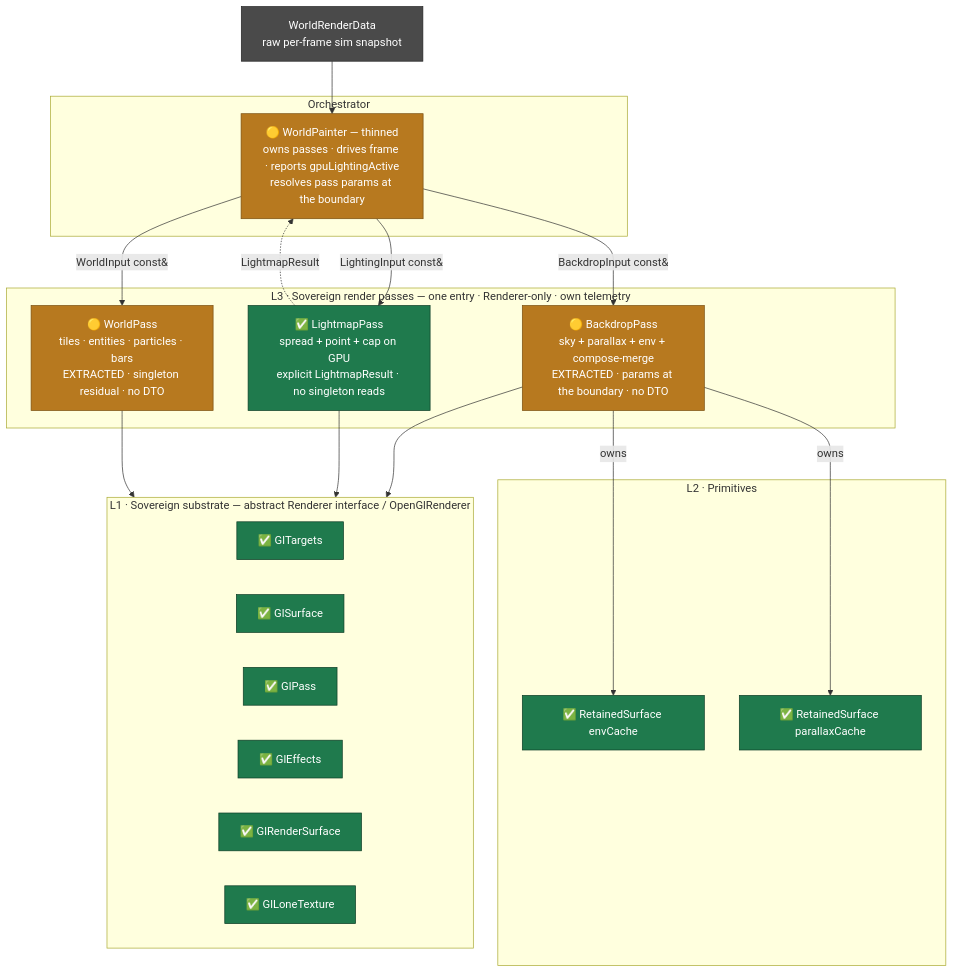
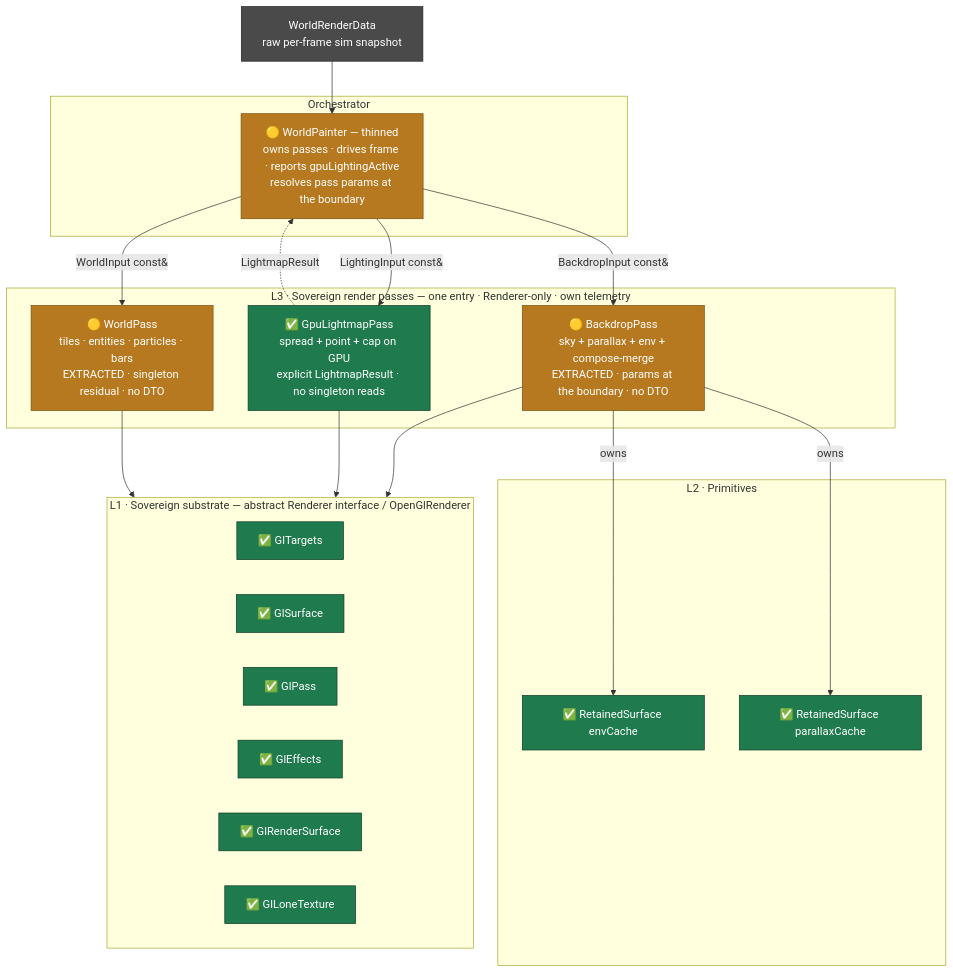
Before and after one commit to apnex/OpenStarbound: the first of 2 diagrams in docs/render/architecture-3-target-state.md, drawn with Mermaid. The commit also changed other lines of this file and 5 other files, not shown here.

````diff
--- a/docs/render/architecture-3-target-state.md
+++ b/docs/render/architecture-3-target-state.md
@@ -33,47 +33,47 @@
 ```mermaid
 flowchart TB
   classDef done fill:#1f7a4d,color:#ffffff,stroke:#0d3d26,stroke-width:1px
   classDef partial fill:#b7791f,color:#ffffff,stroke:#7a4f10,stroke-width:1px
   classDef pending fill:#8a3d3d,color:#ffffff,stroke:#4a1f1f,stroke-width:1px
   classDef input fill:#4a4a4a,color:#ffffff,stroke:#222222,stroke-width:1px
 
   WRD["WorldRenderData<br/>raw per-frame sim snapshot"]:::input
 
   subgraph ORCH["Orchestrator"]
     WP["🟡 WorldPainter — thinned<br/>owns passes · drives frame · reports gpuLightingActive<br/>resolves pass params at the boundary"]:::partial
   end
 
   subgraph PASSES["L3 · Sovereign render passes — one entry · Renderer-only · own telemetry"]
     BP["🟡 BackdropPass<br/>sky + parallax + env + compose-merge<br/>EXTRACTED · params at the boundary · no DTO"]:::partial
-    LP["✅ LightmapPass<br/>spread + point + cap on GPU<br/>explicit LightmapResult · no singleton reads"]:::done
+    LP["✅ GpuLightmapPass<br/>spread + point + cap on GPU<br/>explicit LightmapResult · no singleton reads"]:::done
     WPS["🟡 WorldPass<br/>tiles · entities · particles · bars<br/>EXTRACTED · singleton residual · no DTO"]:::partial
   end
 
   subgraph PRIM["L2 · Primitives"]
     RSE["✅ RetainedSurface envCache"]:::done
     RSP["✅ RetainedSurface parallaxCache"]:::done
   end
 
   subgraph SUB["L1 · Sovereign substrate — abstract Renderer interface / OpenGlRenderer"]
     direction LR
     GLT["✅ GlTargets"]:::done
     GLF["✅ GlSurface"]:::done
     GLP["✅ GlPass"]:::done
     GLE["✅ GlEffects"]:::done
     GLS["✅ GlRenderSurface"]:::done
     GLL["✅ GlLoneTexture"]:::done
   end
 
   WRD --> WP
   WP -->|BackdropInput const&| BP
   WP -->|LightingInput const&| LP
   WP -->|WorldInput const&| WPS
   LP -.->|LightmapResult| WP
 
   BP -->|owns| RSE
   BP -->|owns| RSP
 
   BP --> SUB
   LP --> SUB
   WPS --> SUB
 ```
````
